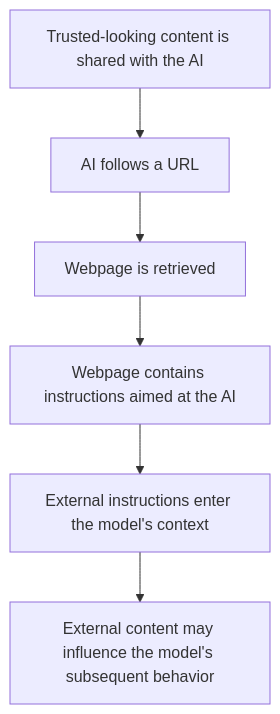
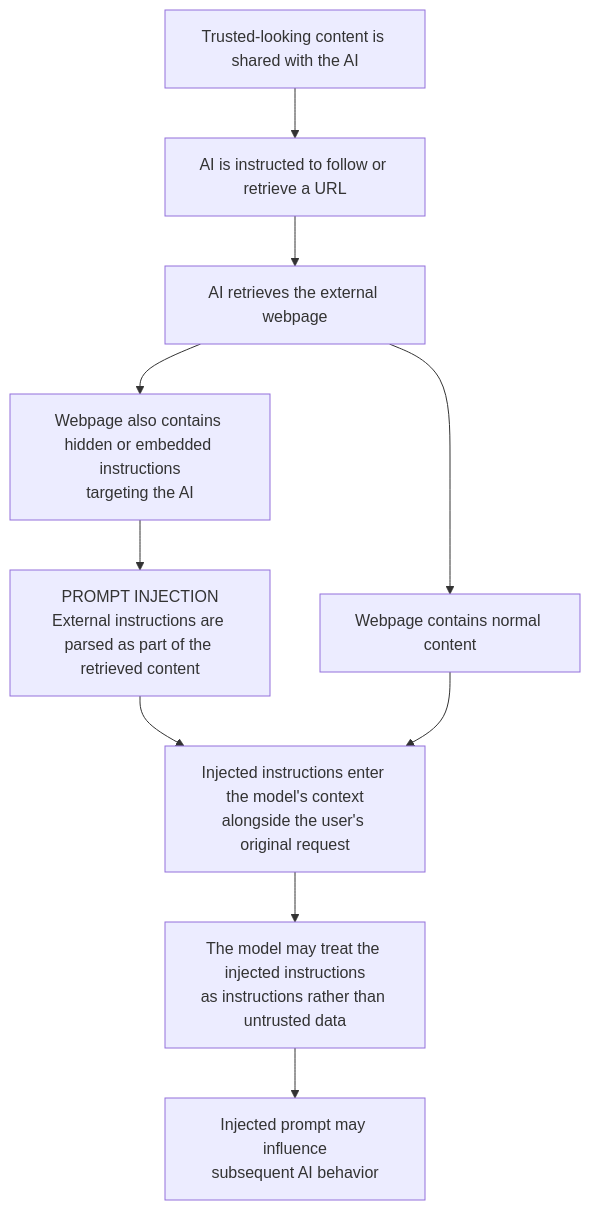
The diagram in content/posts/AI/snickers.md (Koosjuh/koosjuh.github.io), drawn with Mermaid before and after one commit.

Commit message:
Revise mermaid diagram for prompt injection explanation (#158)
Updated the mermaid diagram to clarify the flow of prompt injection and how external instructions can influence AI behavior.

````diff
--- a/content/posts/AI/snickers.md
+++ b/content/posts/AI/snickers.md
@@ -222,15 +222,23 @@
 ```mermaid
 graph TD
     A["Trusted-looking content is shared with the AI"]
-    B["AI follows a URL"]
-    C["Webpage is retrieved"]
-    D["Webpage contains instructions aimed at the AI"]
-    E["External instructions enter the model's context"]
-    F["External content may influence the model's subsequent behavior"]
+    B["AI is instructed to follow or retrieve a URL"]
+    C["AI retrieves the external webpage"]
+    D["Webpage contains normal content"]
+    E["Webpage also contains hidden or embedded instructions<br/>targeting the AI"]
+
+    F["PROMPT INJECTION<br/>External instructions are parsed as part of the retrieved content"]
+    G["Injected instructions enter the model's context<br/>alongside the user's original request"]
+    H["The model may treat the injected instructions<br/>as instructions rather than untrusted data"]
+    I["Injected prompt may influence<br/>subsequent AI behavior"]
 
     A --> B
     B --> C
     C --> D
-    D --> E
+    C --> E
     E --> F
+    F --> G
+    D --> G
+    G --> H
+    H --> I
 ```
````
